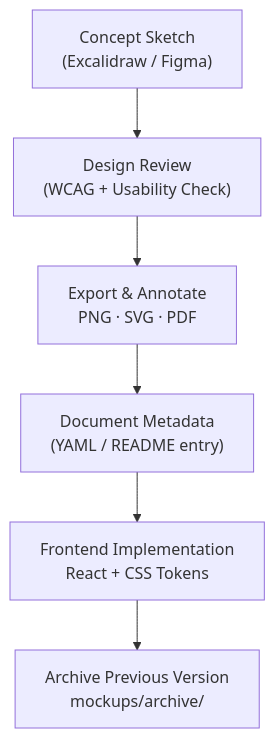
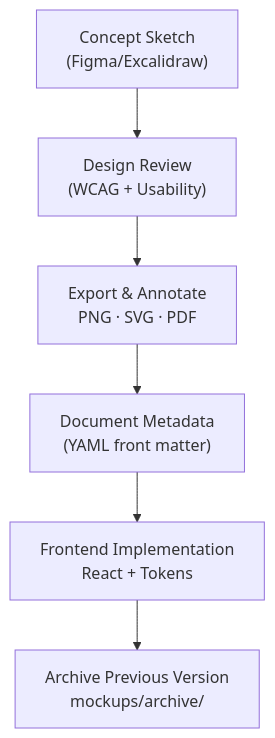
Before and after one commit to bartytime4life/Kansas-Frontier-Matrix: the diagram in docs/design/mockups/README.md, drawn with Mermaid. The commit also changed other lines of this file, not shown here.

First line of the commit message:
Enhance README.md for design mockups

````diff
--- a/docs/design/mockups/README.md
+++ b/docs/design/mockups/README.md
@@ -77,8 +103,8 @@
 ```mermaid
 flowchart TD
-    A["Concept Sketch\n(Excalidraw / Figma)"] --> B["Design Review\n(WCAG + Usability Check)"]
-    B --> C["Export & Annotate\nPNG · SVG · PDF"]
-    C --> D["Document Metadata\n(YAML / README entry)"]
-    D --> E["Frontend Implementation\nReact + CSS Tokens"]
-    E --> F["Archive Previous Version\nmockups/archive/"]
+  A["Concept Sketch\n(Figma/Excalidraw)"] --> B["Design Review\n(WCAG + Usability)"]
+  B --> C["Export & Annotate\nPNG · SVG · PDF"]
+  C --> D["Document Metadata\n(YAML front matter)"]
+  D --> E["Frontend Implementation\nReact + Tokens"]
+  E --> F["Archive Previous Version\nmockups/archive/"]
 ```
````
